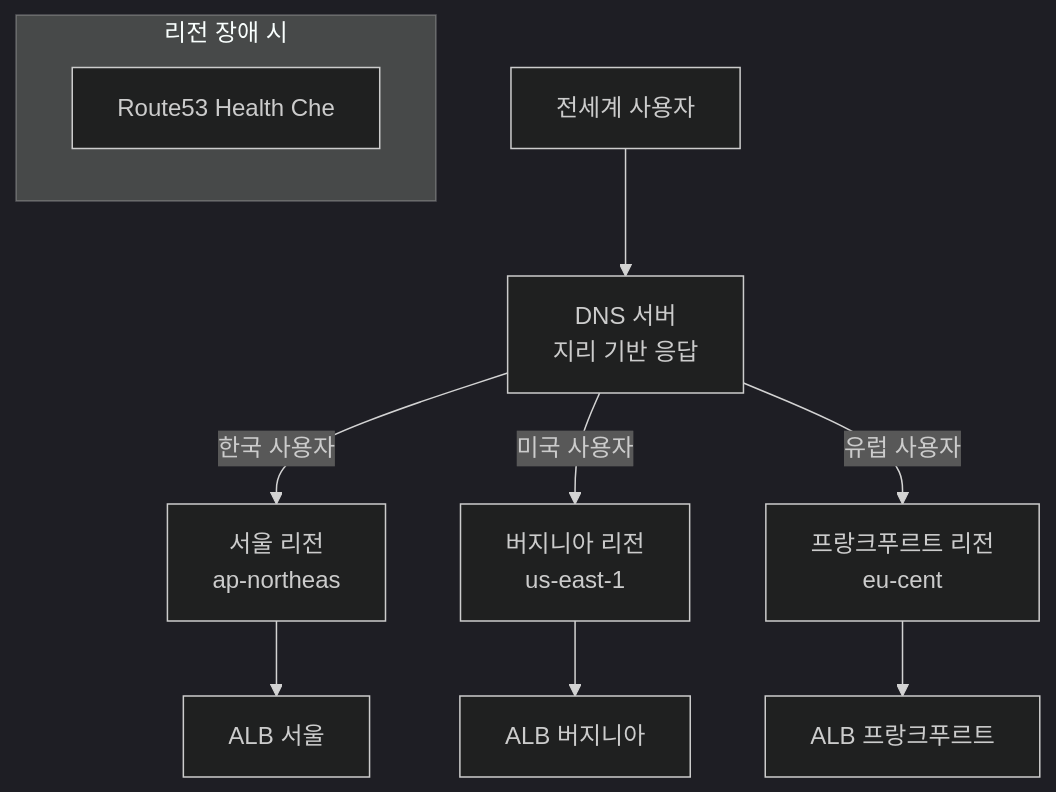
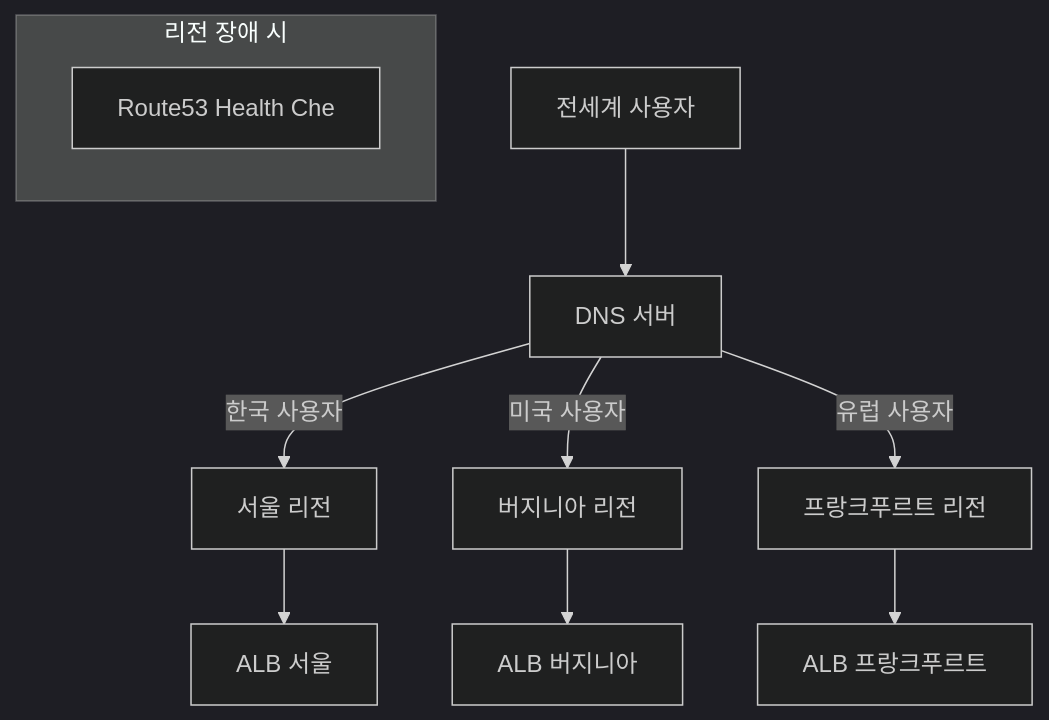
One commit to yjkim2015/yjkim2015.github.io changed the fifth of 8 diagrams in _posts/network/2026-05-01-load-balancer.md. Above: the diagram before and after it, drawn with Mermaid (dark theme). The commit also changed other lines of this file and 217 other files, not shown here.

First line of the commit message:
Mermaid 크기 수정: useMaxWidth:true + SVG max-width:100% + 라벨 축소

````diff
--- a/_posts/network/2026-05-01-load-balancer.md
+++ b/_posts/network/2026-05-01-load-balancer.md
@@ -603,14 +603,14 @@
 ```mermaid
 graph TD
     User["전세계 사용자"]
-    User --> DNS["DNS 서버\n지리 기반 응답"]
-    DNS -->|"한국 사용자"| Seoul["서울 리전\nap-northeas"]
-    DNS -->|"미국 사용자"| Virginia["버지니아 리전\nus-east-1"]
-    DNS -->|"유럽 사용자"| Frankfurt["프랑크푸르트 리전\neu-cent"]
+    User --> DNS["DNS 서버"]
+    DNS -->|"한국 사용자"| Seoul["서울 리전"]
+    DNS -->|"미국 사용자"| Virginia["버지니아 리전"]
+    DNS -->|"유럽 사용자"| Frankfurt["프랑크푸르트 리전"]
     Seoul --> ALB_Seoul["ALB 서울"]
     Virginia --> ALB_VA["ALB 버지니아"]
     Frankfurt --> ALB_FRA["ALB 프랑크푸르트"]
     subgraph "리전 장애 시"
         Failover["Route53 Health Che"]
     end
 ```
````
